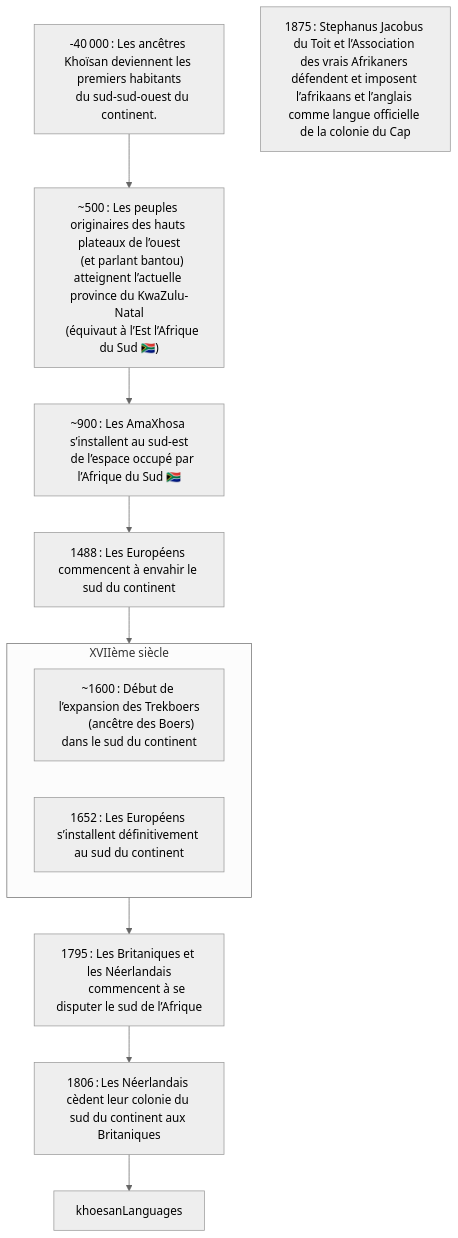
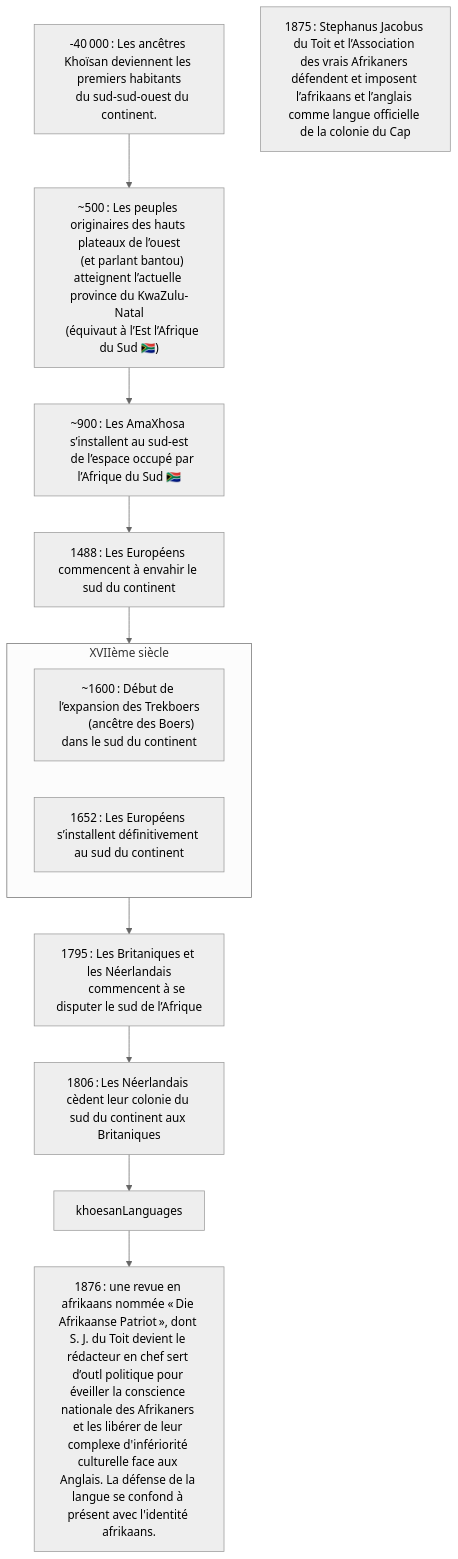
One commit to ba-moun/Ba-Moun-Save changed the diagram in en-cours/langue/afrique/sud/afrikaans.md. Above: the diagram before and after it, drawn with Mermaid (neutral theme). The commit also changed other lines of this file, not shown here.

Commit message:
docs: update en-cours/langue/afrique/sud/afrikaans

````diff
--- a/en-cours/langue/afrique/sud/afrikaans.md
+++ b/en-cours/langue/afrique/sud/afrikaans.md
@@ -25,32 +25,34 @@
 ```mermaid
 flowchart TB
    khoisanArrive["-40 000 : Les ancêtres Khoïsan deviennent les premiers habitants
    du sud-sud-ouest du continent."]
    
    grassland["~500 : Les peuples originaires des hauts plateaux de l’ouest
    (et parlant bantou) atteignent l’actuelle province du KwaZulu-Natal
    (équivaut à l’Est l’Afrique du Sud 🇿🇦)"]
    
    amaXhosa["~900 : Les AmaXhosa s’installent au sud-est
    de l’espace occupé par l’Afrique du Sud 🇿🇦"]
    
    europeanInvasion["1488 : Les Européens commencent à envahir le sud du continent"]
    
    subgraph 17thCentury["XVIIème siècle"]
       boersExpantion["~1600 : Début de l’expansion des Trekboers
          (ancêtre des Boers) dans le sud du continent"]
       
       europeanInvasionNextStep["1652 : Les Européens s’installent définitivement au sud du continent"]
    end
    
    europeanFightInSouthAfricaBegin["1795 : Les Britaniques et les Néerlandais
       commencent à se disputer le sud de l’Afrique"]
    
    europeanFightInSouthAfricaEnd["1806 : Les Néerlandais cèdent leur colonie du sud du continent aux Britaniques"]
    
    imposeAfrikaans["1875 : Stephanus Jacobus du Toit et l’Association des vrais Afrikaners défendent et imposent l’afrikaans et l’anglais comme langue officielle de la colonie du Cap"]
+   
+   afrikaansLanguageNID["1876 : une revue en afrikaans nommée « Die Afrikaanse Patriot », dont S. J. du Toit devient le rédacteur en chef sert d’outl politique pour éveiller la conscience nationale des Afrikaners et les libérer de leur complexe d'infériorité culturelle face aux Anglais. La défense de la langue se confond à présent avec l'identité afrikaans."]
       
    khoisanArrive --> grassland --> amaXhosa --> europeanInvasion --> 17thCentury --> europeanFightInSouthAfricaBegin -->
-   europeanFightInSouthAfricaEnd --> khoesanLanguages
+   europeanFightInSouthAfricaEnd --> khoesanLanguages --> afrikaansLanguageNID
    
 ```
````
